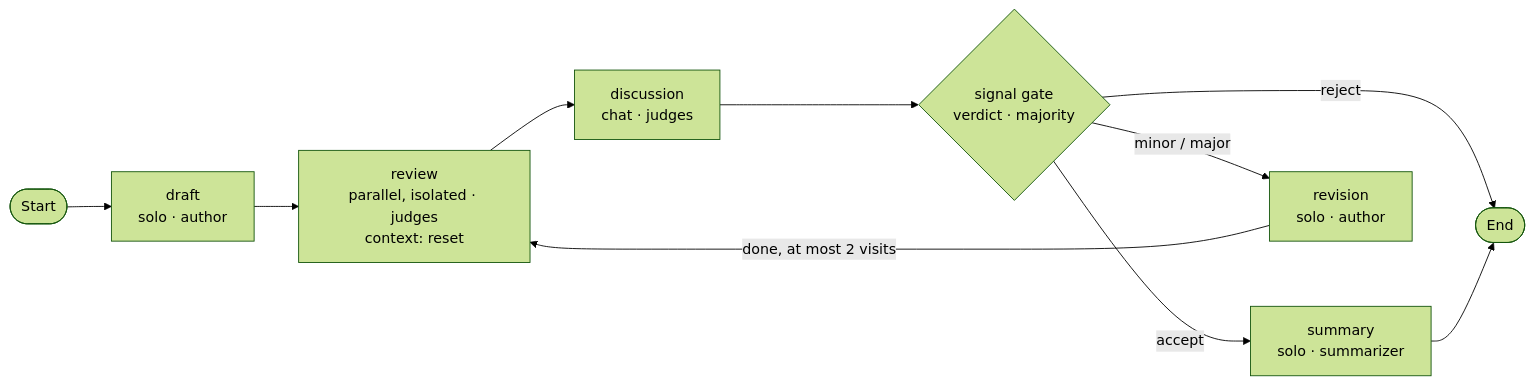
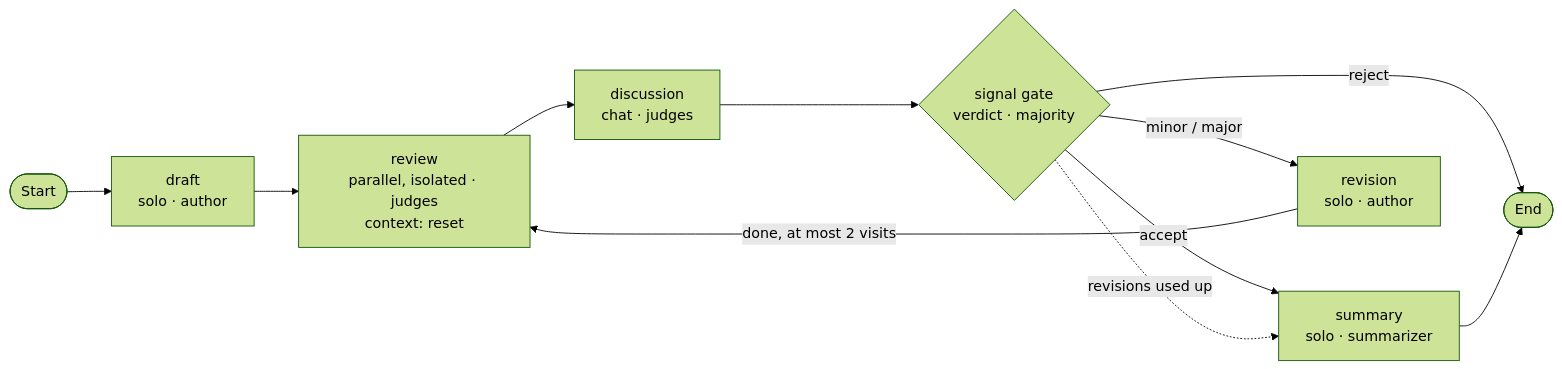
One commit to LinoBugia/agentic-research-runner changed the fifth of 7 diagrams in docs/research-groups.md. Above: the diagram before and after it, drawn with Mermaid (forest theme). The commit also changed other lines of this file and 1 other file, not shown here.

````diff
--- a/docs/research-groups.md
+++ b/docs/research-groups.md
@@ -158,12 +256,13 @@
 ```mermaid
 flowchart LR
   S(["Start"]) --> V["draft<br/>solo · author"]
   V --> R["review<br/>parallel, isolated · judges<br/>context: reset"]
   R --> D["discussion<br/>chat · judges"]
   D --> G{"signal gate<br/>verdict · majority"}
   G -->|accept| Z["summary<br/>solo · summarizer"]
   G -->|"minor / major"| X["revision<br/>solo · author"]
   G -->|reject| E(["End"])
+  G -.->|"revisions used up"| Z
   X -->|"done, at most 2 visits"| R
   Z --> E
 ```
````
